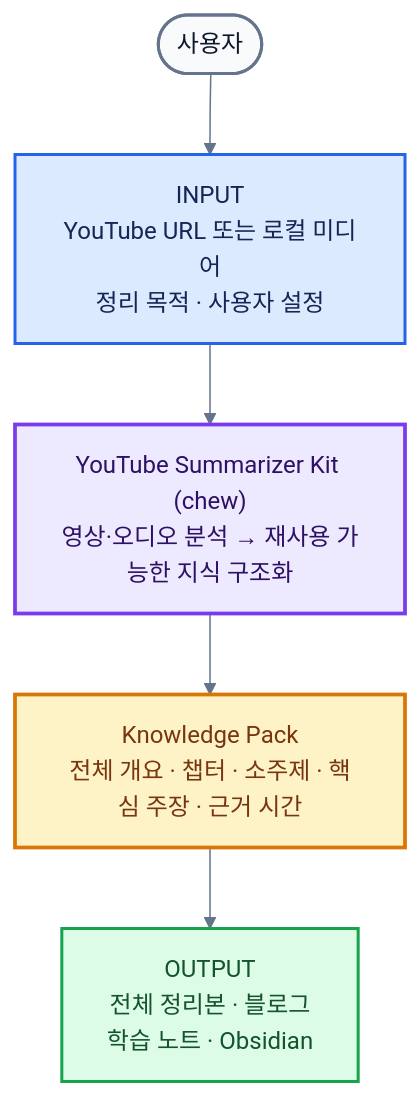
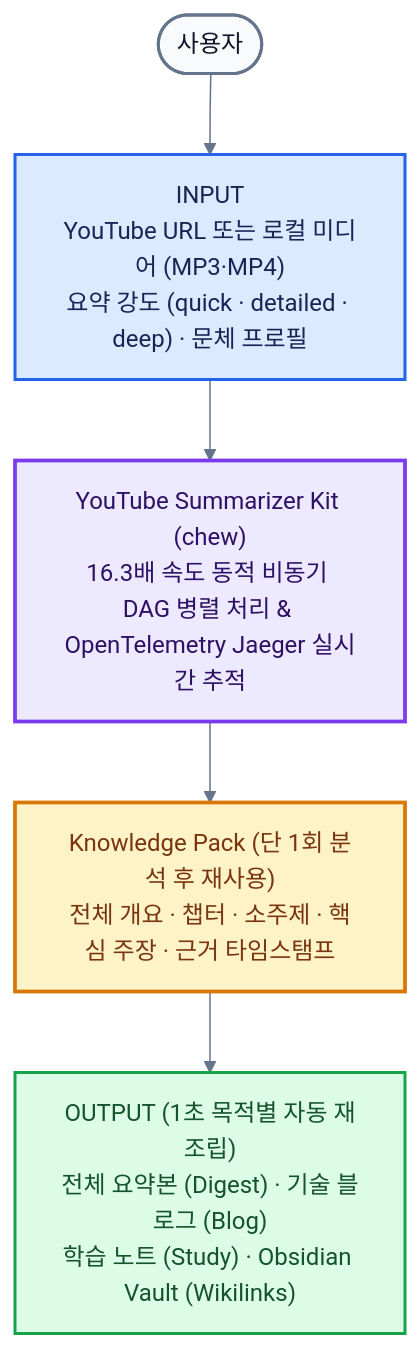
The diagram in assets/architecture/ko/user-flow.mmd (SHcommit/youtube-summerizer-kit), drawn with Mermaid before and after one commit. The commit also changed 7 other files, not shown here.

Commit message:
feat(assets): upgrade en and ko user-flow and internal-pipeline Mermaid diagrams (.mmd) and re-render high-res PNG images

```diff
--- a/assets/architecture/ko/user-flow.mmd
+++ b/assets/architecture/ko/user-flow.mmd
@@ -1,20 +1,20 @@
 %%{init: {"theme":"base","themeVariables":{"fontFamily":"Arial, Apple SD Gothic Neo, Noto Sans KR, sans-serif","primaryTextColor":"#172554","lineColor":"#64748b"},"flowchart":{"curve":"basis","nodeSpacing":44,"rankSpacing":54}}}%%
 flowchart TB
     USER([사용자])
-    INPUT["INPUT<br/>YouTube URL 또는 로컬 미디어<br/>정리 목적 · 사용자 설정"]
-    KIT["YouTube Summarizer Kit (chew)<br/>영상·오디오 분석 → 재사용 가능한 지식 구조화"]
-    PACK["Knowledge Pack<br/>전체 개요 · 챕터 · 소주제 · 핵심 주장 · 근거 시간"]
-    OUTPUT["OUTPUT<br/>전체 정리본 · 블로그<br/>학습 노트 · Obsidian"]
+    INPUT["INPUT<br/>YouTube URL 또는 로컬 미디어 (MP3·MP4)<br/>요약 강도 (quick · detailed · deep) · 문체 프로필"]
+    KIT["YouTube Summarizer Kit (chew)<br/>16.3배 속도 동적 비동기 DAG 병렬 처리 & OpenTelemetry Jaeger 실시간 추적"]
+    PACK["Knowledge Pack (단 1회 분석 후 재사용)<br/>전체 개요 · 챕터 · 소주제 · 핵심 주장 · 근거 타임스탬프"]
+    OUTPUT["OUTPUT (1초 목적별 자동 재조립)<br/>전체 요약본 (Digest) · 기술 블로그 (Blog)<br/>학습 노트 (Study) · Obsidian Vault (Wikilinks)"]
 
     USER --> INPUT --> KIT --> PACK --> OUTPUT
 
     classDef actor fill:#f8fafc,stroke:#64748b,stroke-width:2px,color:#0f172a;
     classDef input fill:#dbeafe,stroke:#2563eb,stroke-width:2px,color:#172554;
     classDef core fill:#ede9fe,stroke:#7c3aed,stroke-width:2.5px,color:#2e1065;
     classDef knowledge fill:#fef3c7,stroke:#d97706,stroke-width:2.5px,color:#78350f;
     classDef output fill:#dcfce7,stroke:#16a34a,stroke-width:2px,color:#14532d;
     class USER actor;
     class INPUT input;
     class KIT core;
     class PACK knowledge;
     class OUTPUT output;
```
